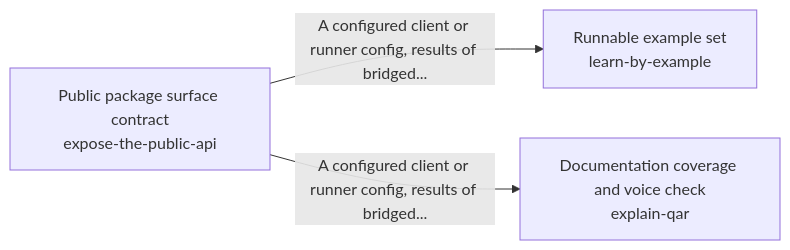
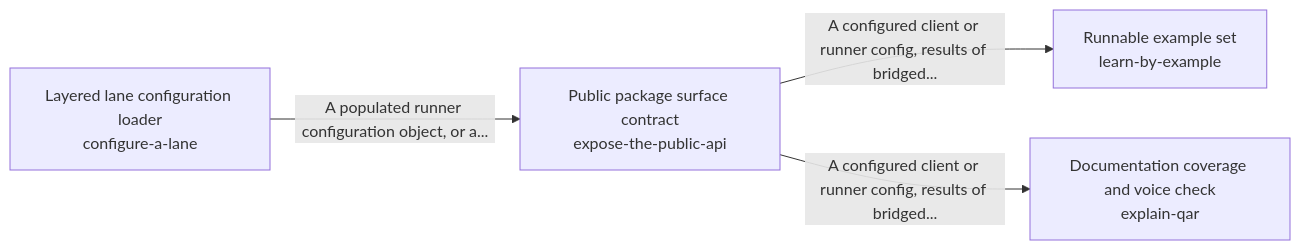
One commit to SpiritualData/quest-ai-runner changed the diagram in quest_ai_runner/take_in_the_world/README.md. Above: the diagram before and after it, drawn with Mermaid. The commit also changed other lines of this file and 19 other files, not shown here.

````diff
--- a/quest_ai_runner/take_in_the_world/README.md
+++ b/quest_ai_runner/take_in_the_world/README.md
@@ -17,8 +17,10 @@
 ```mermaid
 flowchart LR
     s0["Public package surface contract<br/>expose-the-public-api"]
     s1["Runnable example set<br/>learn-by-example"]
-    s2["Documentation coverage and voice check<br/>explain-qar"]
+    s2["Layered lane configuration loader<br/>configure-a-lane"]
+    s3["Documentation coverage and voice check<br/>explain-qar"]
     s0 -->|"A configured client or runner config, results of bridged..."| s1
-    s0 -->|"A configured client or runner config, results of bridged..."| s2
+    s0 -->|"A configured client or runner config, results of bridged..."| s3
+    s2 -->|"A populated runner configuration object, or a..."| s0
 ```
````
